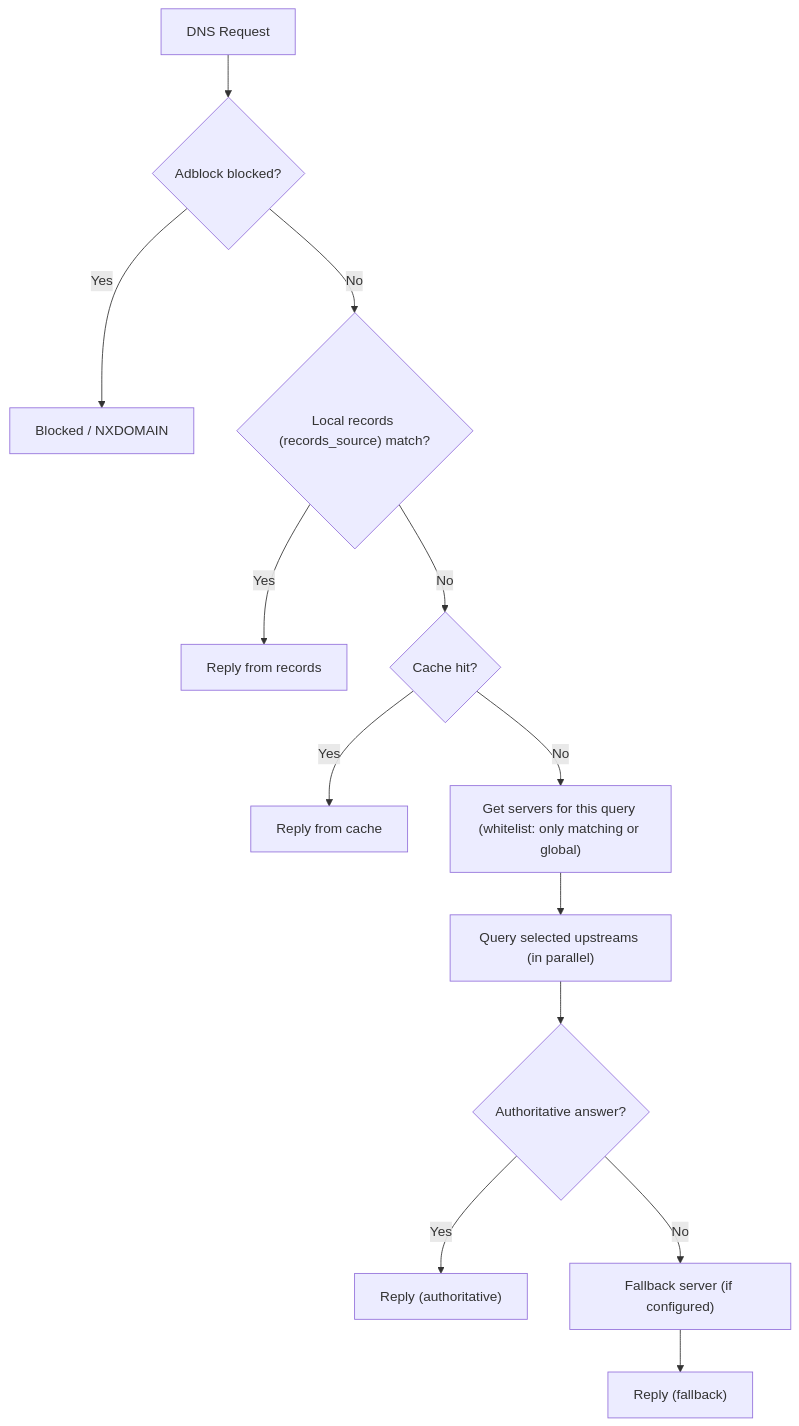
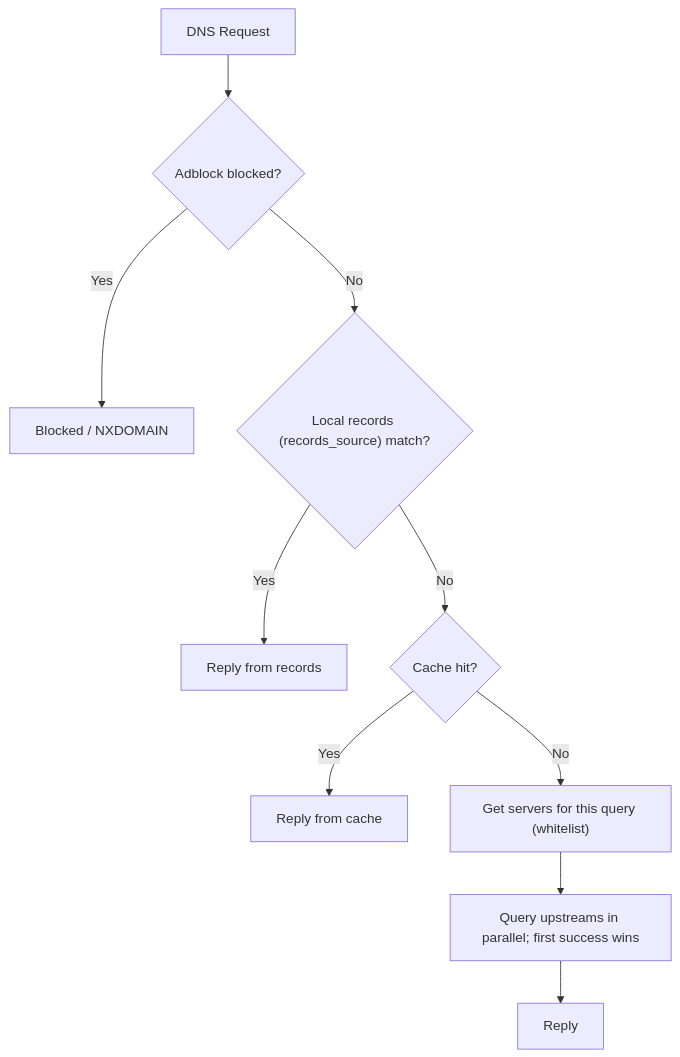
One commit to network-plane/dnsplane changed the diagram in README.md. Above: the diagram before and after it, drawn with Mermaid. The commit also changed other lines of this file and 8 other files, not shown here.

````diff
--- a/README.md
+++ b/README.md
@@ -18,16 +19,13 @@
 ```mermaid
 flowchart TD
     REQ["DNS Request"]
     REQ --> ADBLOCK{"Adblock blocked?"}
     ADBLOCK -->|Yes| BLOCK["Blocked / NXDOMAIN"]
     ADBLOCK -->|No| RECORDS{"Local records (records_source) match?"}
     RECORDS -->|Yes| REPLY_R["Reply from records"]
     RECORDS -->|No| CACHE{"Cache hit?"}
     CACHE -->|Yes| REPLY_C["Reply from cache"]
-    CACHE -->|No| SELECT["Get servers for this query (whitelist: only matching or global)"]
-    SELECT --> UPSTREAM["Query selected upstreams (in parallel)"]
-    UPSTREAM --> AUTH{"Authoritative answer?"}
-    AUTH -->|Yes| REPLY_A["Reply (authoritative)"]
-    AUTH -->|No| FALLBACK["Fallback server (if configured)"]
-    FALLBACK --> REPLY_F["Reply (fallback)"]
+    CACHE -->|No| SELECT["Get servers for this query (whitelist)"]
+    SELECT --> UPSTREAM["Query upstreams in parallel; first success wins"]
+    UPSTREAM --> REPLY_A["Reply"]
 ```
````
